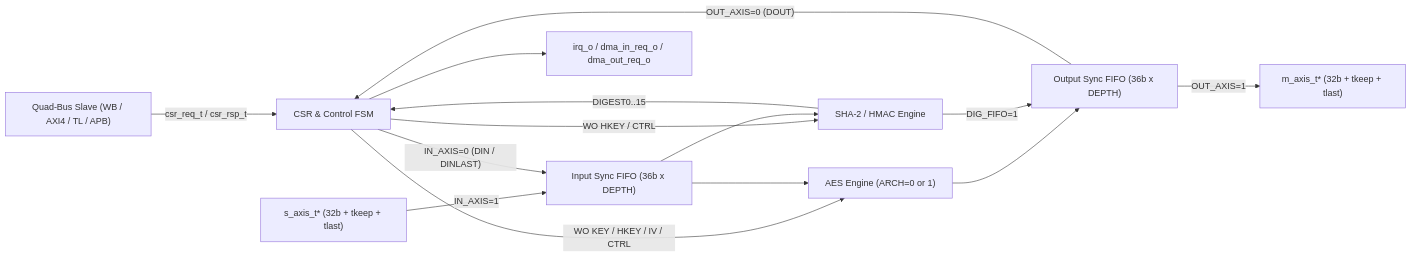
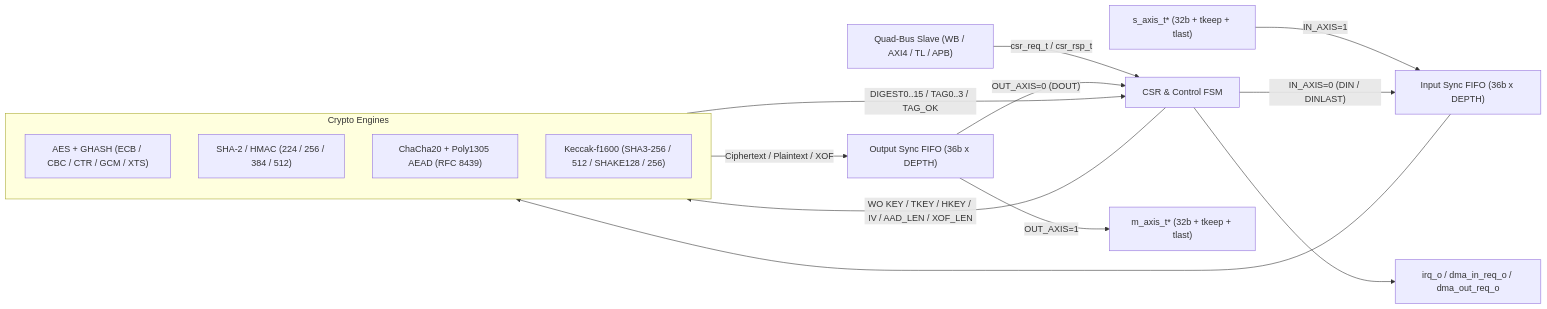
One commit to BaiTian6641/SoC_IPs changed the diagram in ips/28_crypto/doc/README.md. Above: the diagram before and after it, drawn with Mermaid. The commit also changed other lines of this file and 210 other files, not shown here.

````diff
--- a/ips/28_crypto/doc/README.md
+++ b/ips/28_crypto/doc/README.md
@@ -39,16 +38,19 @@
 ```mermaid
 flowchart LR
   BUS["Quad-Bus Slave (WB / AXI4 / TL / APB)"] -->|"csr_req_t / csr_rsp_t"| CSR["CSR & Control FSM"]
   SAXIS["s_axis_t* (32b + tkeep + tlast)"] -->|"IN_AXIS=1"| INFIFO["Input Sync FIFO (36b x DEPTH)"]
   CSR -->|"IN_AXIS=0 (DIN / DINLAST)"| INFIFO
-  CSR -->|"WO KEY / HKEY / IV / CTRL"| AES["AES Engine (ARCH=0 or 1)"]
-  CSR -->|"WO HKEY / CTRL"| SHA["SHA-2 / HMAC Engine"]
-  INFIFO --> AES
-  INFIFO --> SHA
-  AES --> OUTFIFO["Output Sync FIFO (36b x DEPTH)"]
-  SHA -->|"DIG_FIFO=1"| OUTFIFO
-  SHA -->|"DIGEST0..15"| CSR
+  CSR -->|"WO KEY / TKEY / HKEY / IV / AAD_LEN / XOF_LEN"| ENG["Crypto Engines"]
+  INFIFO --> ENG
+  subgraph ENG["Crypto Engines"]
+    AES["AES + GHASH (ECB / CBC / CTR / GCM / XTS)"]
+    SHA2["SHA-2 / HMAC (224 / 256 / 384 / 512)"]
+    CC["ChaCha20 + Poly1305 AEAD (RFC 8439)"]
+    SHA3["Keccak-f1600 (SHA3-256 / 512 / SHAKE128 / 256)"]
+  end
+  ENG -->|"Ciphertext / Plaintext / XOF"| OUTFIFO["Output Sync FIFO (36b x DEPTH)"]
+  ENG -->|"DIGEST0..15 / TAG0..3 / TAG_OK"| CSR
   OUTFIFO -->|"OUT_AXIS=1"| MAXIS["m_axis_t* (32b + tkeep + tlast)"]
   OUTFIFO -->|"OUT_AXIS=0 (DOUT)"| CSR
   CSR --> IRQ["irq_o / dma_in_req_o / dma_out_req_o"]
 ```
````
